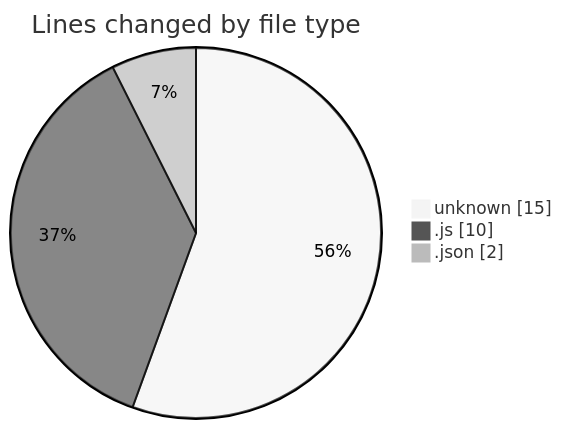
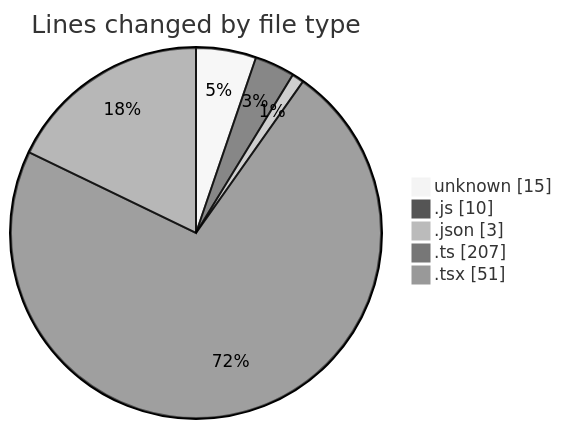
Before and after one commit to CELIANVF/code-tracking: the first of 2 diagrams in 2025-05-02/ecodeli/README.md, drawn with Mermaid (neutral theme). The commit also changed other lines of this file and 1 other file, not shown here.

````diff
--- a/2025-05-02/ecodeli/README.md
+++ b/2025-05-02/ecodeli/README.md
@@ -23,7 +27,9 @@
 ```mermaid
 pie showData
 title Lines changed by file type
 "unknown" : 15
 ".js" : 10
-".json" : 2
+".json" : 3
+".ts" : 207
+".tsx" : 51
 ```
````
